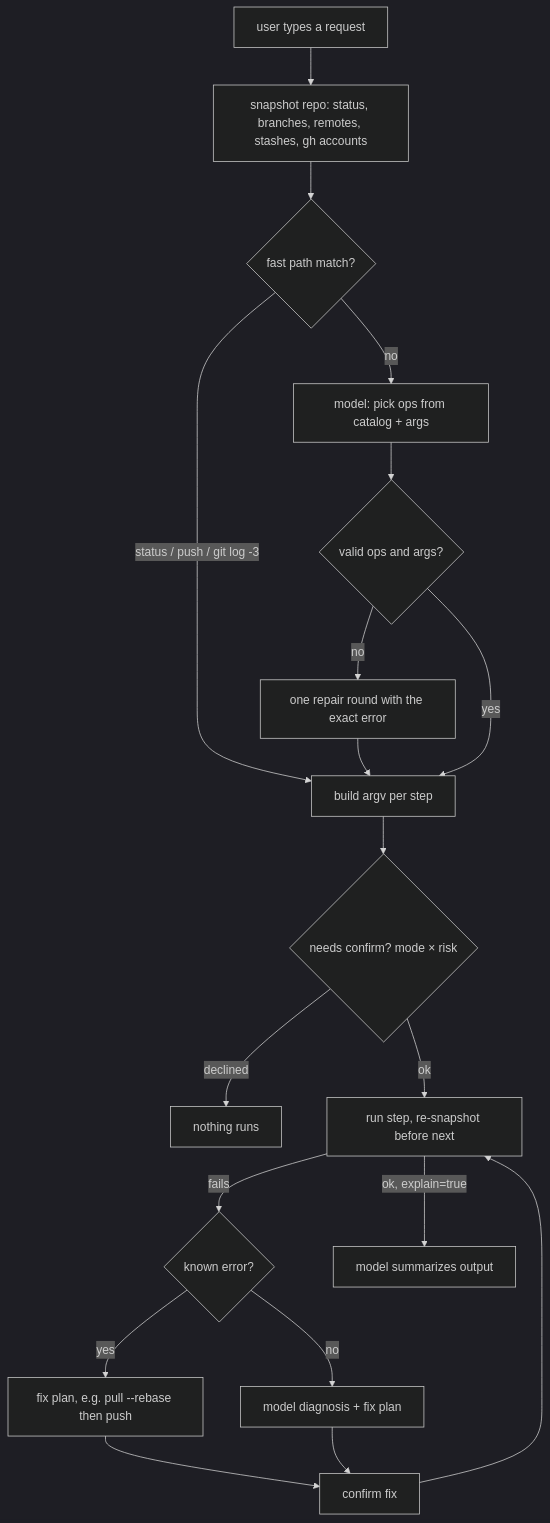
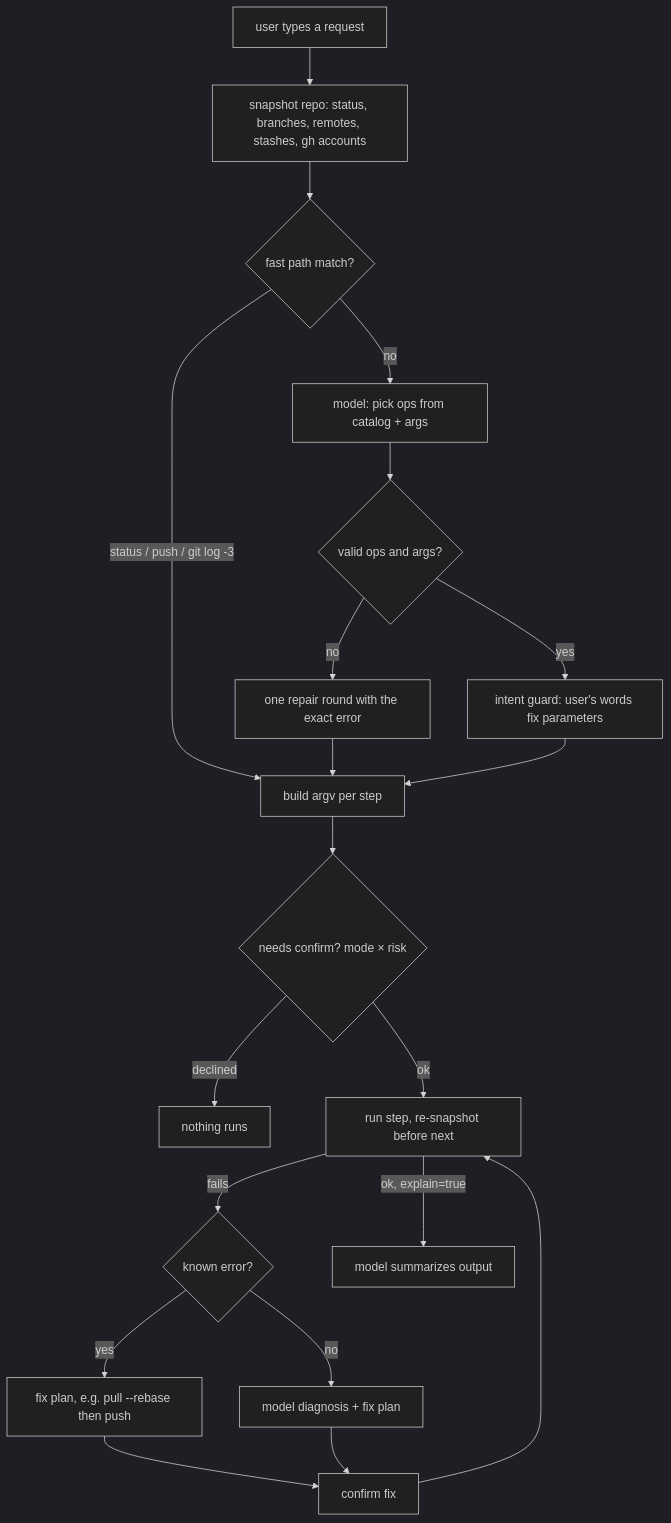
Before and after one commit to vishnurkb/GitCat: the first of 2 diagrams in docs/architecture.md, drawn with Mermaid (dark theme). The commit also changed other lines of this file and 30 other files, not shown here.

````diff
--- a/docs/architecture.md
+++ b/docs/architecture.md
@@ -44,19 +47,19 @@
 ```mermaid
 flowchart TD
   U[user types a request] --> S[snapshot repo: status, branches, remotes, stashes, gh accounts]
   S --> R{fast path match?}
   R -- "status / push / git log -3" --> X
   R -- no --> P[model: pick ops from catalog + args]
   P --> V{valid ops and args?}
   V -- no --> P2[one repair round with the exact error] --> X
-  V -- yes --> X[build argv per step]
+  V -- yes --> G[intent guard: user's words fix parameters] --> X[build argv per step]
   X --> C{needs confirm? mode × risk}
   C -- declined --> E[nothing runs]
   C -- ok --> RUN[run step, re-snapshot before next]
   RUN -- fails --> K{known error?}
   K -- yes --> F[fix plan, e.g. pull --rebase then push]
   K -- no --> D[model diagnosis + fix plan]
   F --> C2[confirm fix] --> RUN
   D --> C2
   RUN -- ok, explain=true --> A[model summarizes output]
 ```
````
